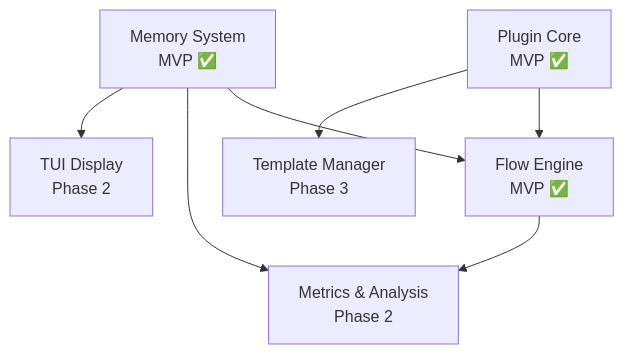
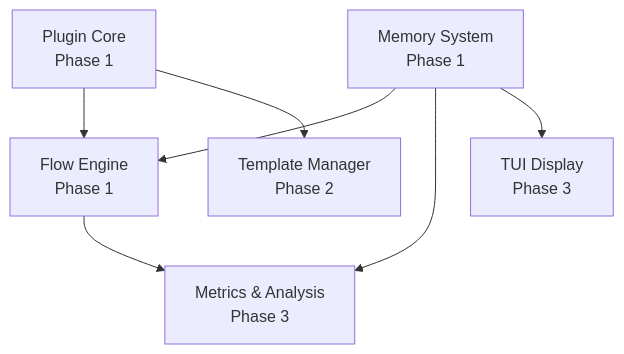
Before and after one commit to hank-cp/opencode-vibe-pm: the second of 2 diagrams in docs/spec/vibe-pm-roadmap.md, drawn with Mermaid. The commit also changed other lines of this file and 5 other files, not shown here.

````diff
--- a/docs/spec/vibe-pm-roadmap.md
+++ b/docs/spec/vibe-pm-roadmap.md
@@ -115,16 +127,16 @@
 ```mermaid
 graph TD
-    PC["Plugin Core<br/>MVP ✅"]
-    MS["Memory System<br/>MVP ✅"]
-    FE["Flow Engine<br/>MVP ✅"]
-    MA["Metrics & Analysis<br/>Phase 2"]
-    TUI["TUI Display<br/>Phase 2"]
-    TM["Template Manager<br/>Phase 3"]
+    PC["Plugin Core<br/>Phase 1"]
+    MS["Memory System<br/>Phase 1"]
+    FE["Flow Engine<br/>Phase 1"]
+    TM["Template Manager<br/>Phase 2"]
+    MA["Metrics & Analysis<br/>Phase 3"]
+    TUI["TUI Display<br/>Phase 3"]
 
     PC --> FE
     MS --> FE
+    PC --> TM
     MS --> MA
     MS --> TUI
-    PC --> TM
     FE --> MA
 ```
````
